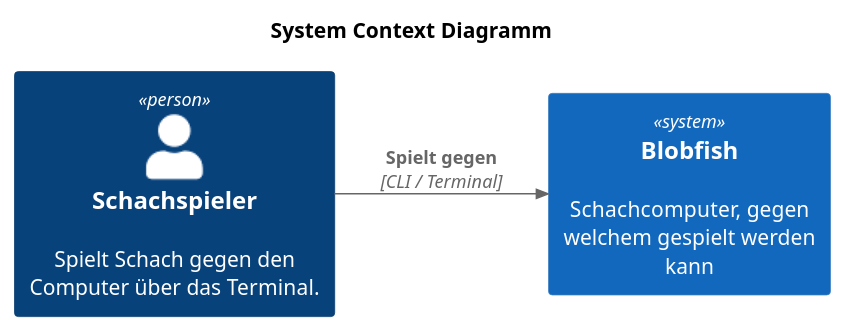
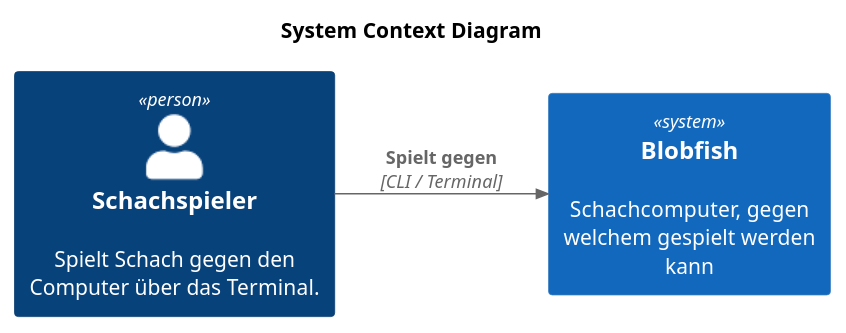
The diagram in docs/plantuml/c4/c4-context.puml (l2c0r3/blobfish), drawn with PlantUML before and after one commit. The commit also changed 7 other files, not shown here.

```diff
--- a/docs/plantuml/c4/c4-context.puml
+++ b/docs/plantuml/c4/c4-context.puml
@@ -1,14 +1,14 @@
 @startuml
 !include <C4/C4_Context>
 
 LAYOUT_LEFT_RIGHT()
 
-title System Context Diagramm
+title System Context Diagram
 
 Person(player, "Schachspieler", "Spielt Schach gegen den Computer über das Terminal.")
 
 System(blobfish, "Blobfish", "Schachcomputer, gegen welchem gespielt werden kann")
 
 Rel(player, blobfish, "Spielt gegen", "CLI / Terminal")
 
 @enduml
```
